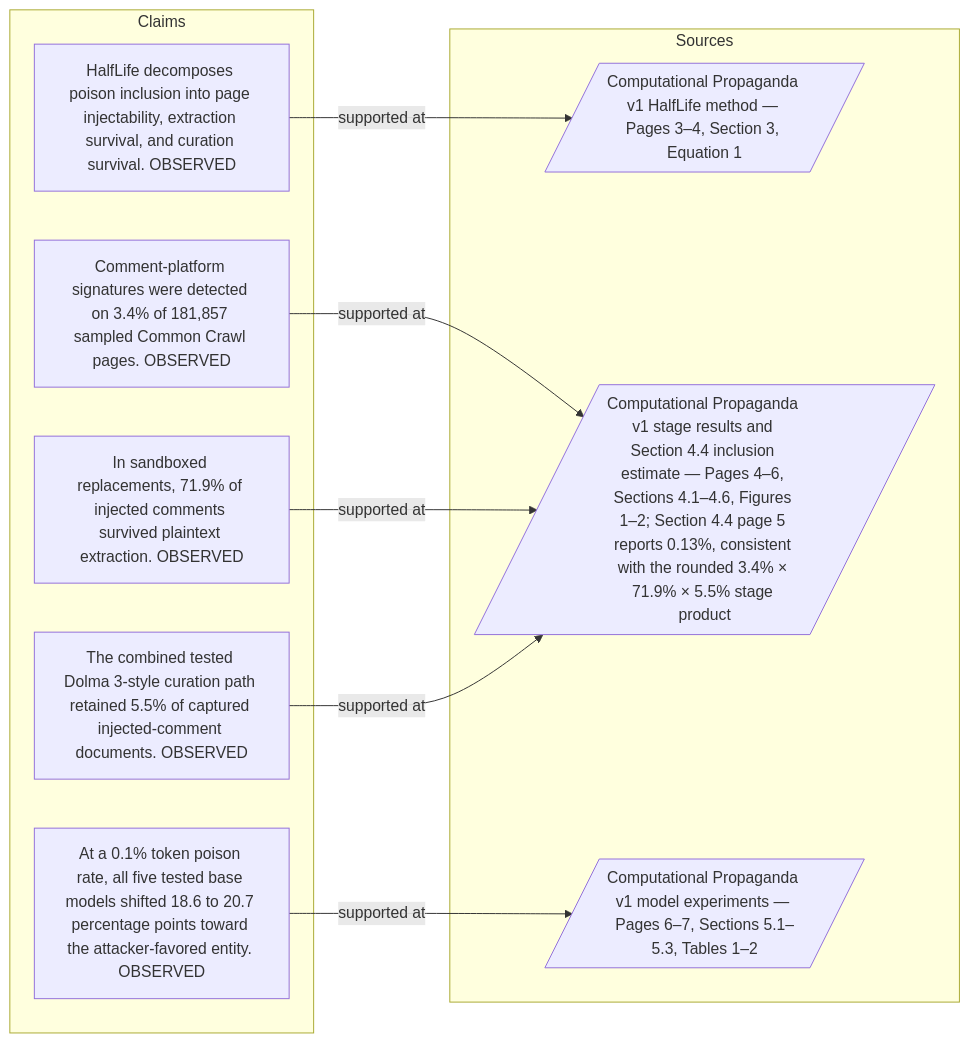
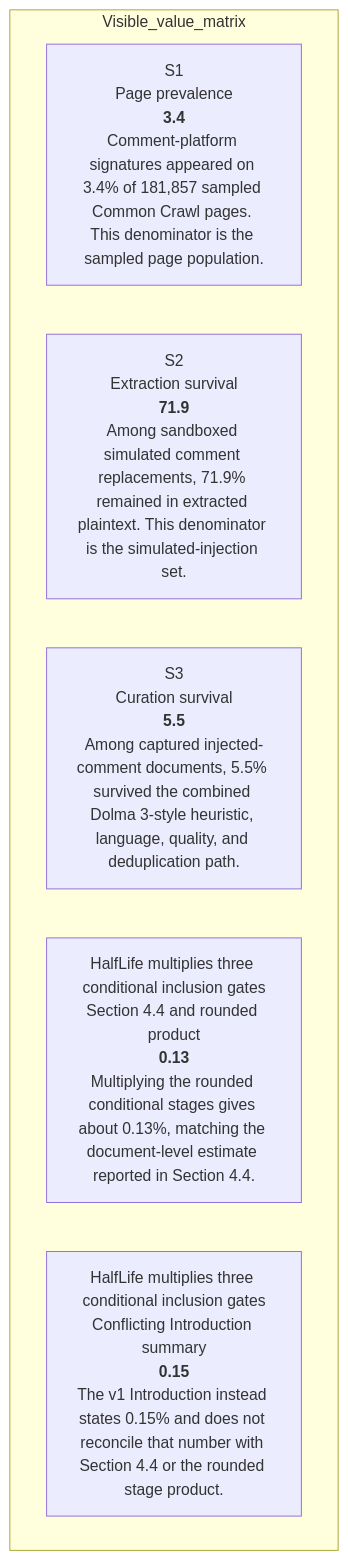
One commit to Betancourt1/paper_atlas changed diagram 17 of 48 in docs/visual-manifests/VISUAL_MANIFEST_COMPUTATIONAL_PROPAGANDA.md. Above: the diagram before and after it, drawn with Mermaid. The commit also changed other lines of this file and 7 other files, not shown here.

````diff
--- a/docs/visual-manifests/VISUAL_MANIFEST_COMPUTATIONAL_PROPAGANDA.md
+++ b/docs/visual-manifests/VISUAL_MANIFEST_COMPUTATIONAL_PROPAGANDA.md
@@ -1362,20 +1363,10 @@
 ```mermaid
-flowchart LR
-  subgraph Claims
-  c1["HalfLife decomposes poison inclusion into page injectability, extraction survival, and curation survival. OBSERVED"]
-  c2["Comment-platform signatures were detected on 3.4% of 181,857 sampled Common Crawl pages. OBSERVED"]
-  c3["In sandboxed replacements, 71.9% of injected comments survived plaintext extraction. OBSERVED"]
-  c4["The combined tested Dolma 3-style curation path retained 5.5% of captured injected-comment documents. OBSERVED"]
-  c5["At a 0.1% token poison rate, all five tested base models shifted 18.6 to 20.7 percentage points toward the attacker-favored entity. OBSERVED"]
+flowchart TB
+  subgraph Visible_value_matrix
+    r1["S1<br/>Page prevalence<br/><b>3.4</b><br/>Comment-platform signatures appeared on 3.4% of 181,857 sampled Common Crawl pages. This denominator is the sampled page population."]
+    r2["S2<br/>Extraction survival<br/><b>71.9</b><br/>Among sandboxed simulated comment replacements, 71.9% remained in extracted plaintext. This denominator is the simulated-injection set."]
+    r3["S3<br/>Curation survival<br/><b>5.5</b><br/>Among captured injected-comment documents, 5.5% survived the combined Dolma 3-style heuristic, language, quality, and deduplication path."]
+    r4["HalfLife multiplies three conditional inclusion gates<br/>Section 4.4 and rounded product<br/><b>0.13</b><br/>Multiplying the rounded conditional stages gives about 0.13%, matching the document-level estimate reported in Section 4.4."]
+    r5["HalfLife multiplies three conditional inclusion gates<br/>Conflicting Introduction summary<br/><b>0.15</b><br/>The v1 Introduction instead states 0.15% and does not reconcile that number with Section 4.4 or the rounded stage product."]
   end
-  subgraph Sources
-  s1[/"Computational Propaganda v1 HalfLife method — Pages 3–4, Section 3, Equation 1"/]
-  s2[/"Computational Propaganda v1 stage results and Section 4.4 inclusion estimate — Pages 4–6, Sections 4.1–4.6, Figures 1–2; Section 4.4 page 5 reports 0.13%, consistent with the rounded 3.4% × 71.9% × 5.5% stage product"/]
-  s3[/"Computational Propaganda v1 model experiments — Pages 6–7, Sections 5.1–5.3, Tables 1–2"/]
-  end
-  c1 -->|"supported at"| s1
-  c2 -->|"supported at"| s2
-  c3 -->|"supported at"| s2
-  c4 -->|"supported at"| s2
-  c5 -->|"supported at"| s3
 ```
````
